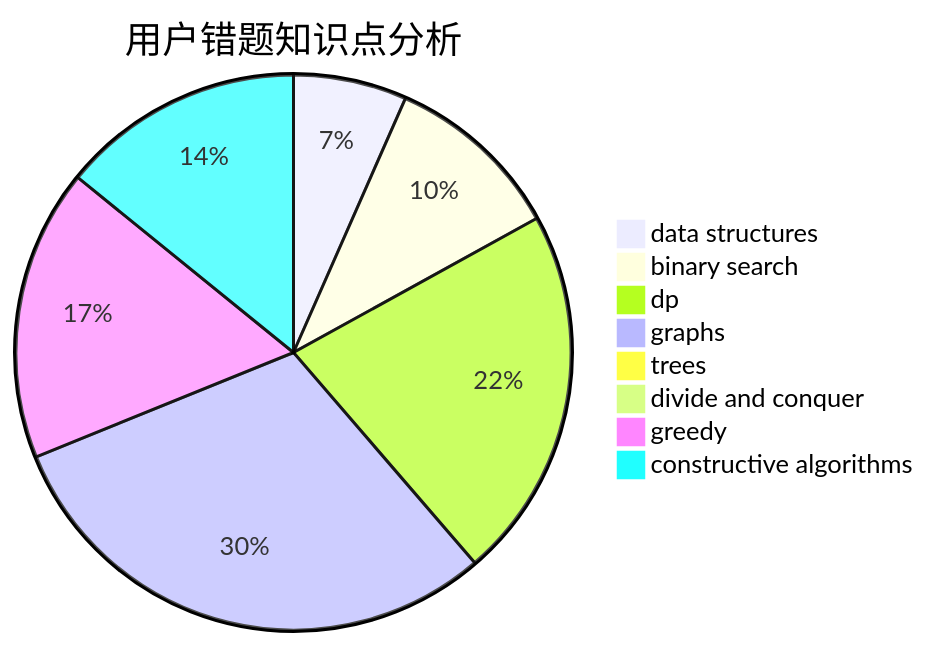
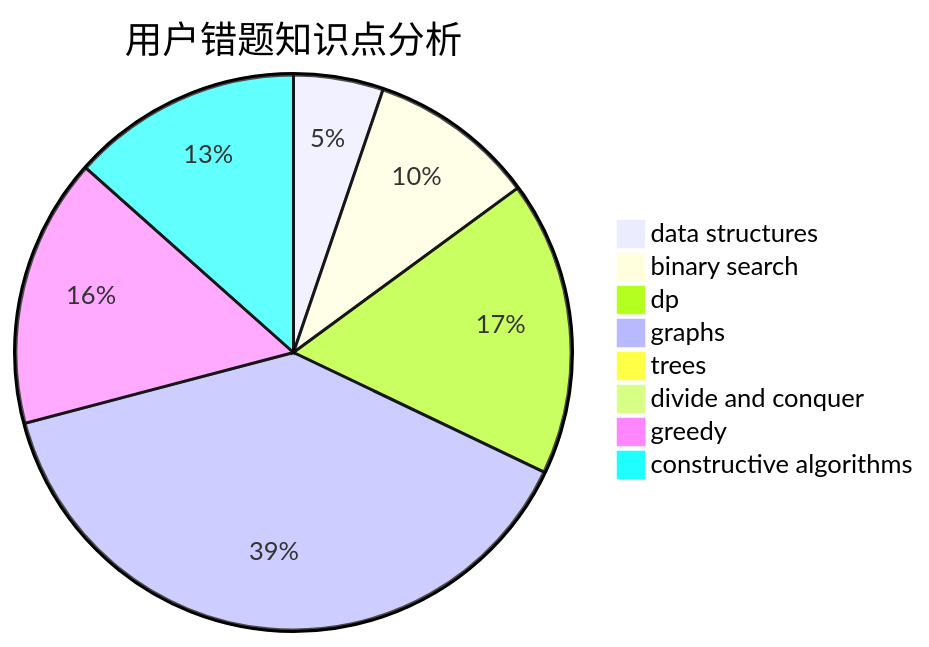
One commit to sherpahu/cfrs.github.io changed the third of 3 diagrams in docs/user/u113.md. Above: the diagram before and after it, drawn with Mermaid. The commit also changed other lines of this file and 2770 other files, not shown here.

````diff
--- a/docs/user/u113.md
+++ b/docs/user/u113.md
@@ -36,11 +36,11 @@
 ```mermaid
 pie title 用户错题知识点分析
     "data structures" :  7
-    "binary search" :  11
+    "binary search" :  13
     "dp" :  23
-    "graphs" :  32
+    "graphs" :  52
     "trees" :  0
     "divide and conquer" :  0
-    "greedy" :  18
-    "constructive algorithms" :  15
+    "greedy" :  21
+    "constructive algorithms" :  18
 ```
````
